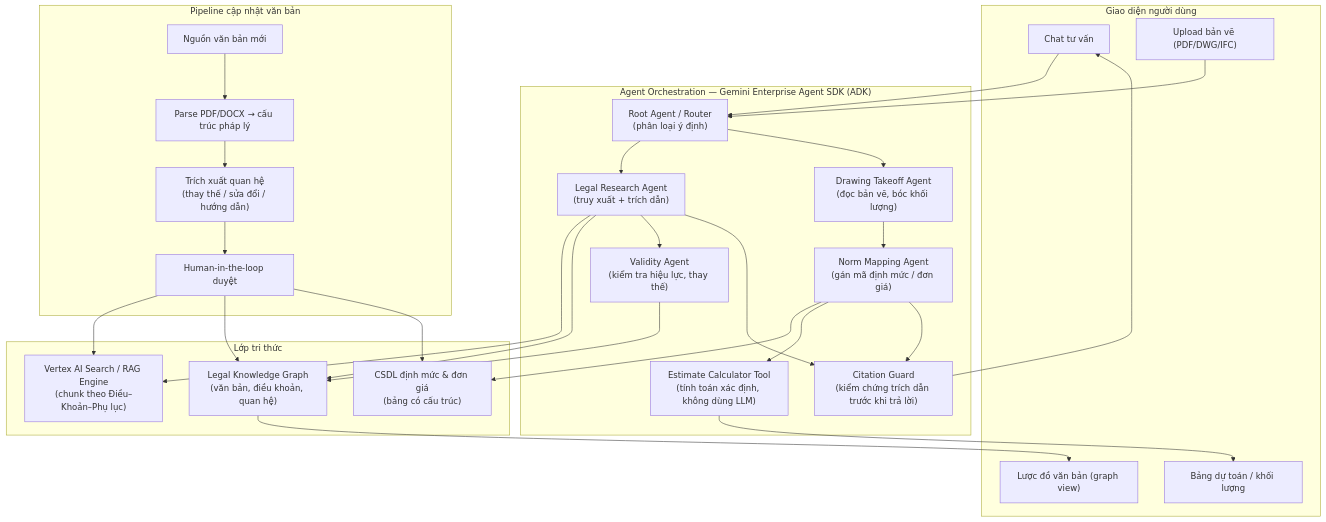
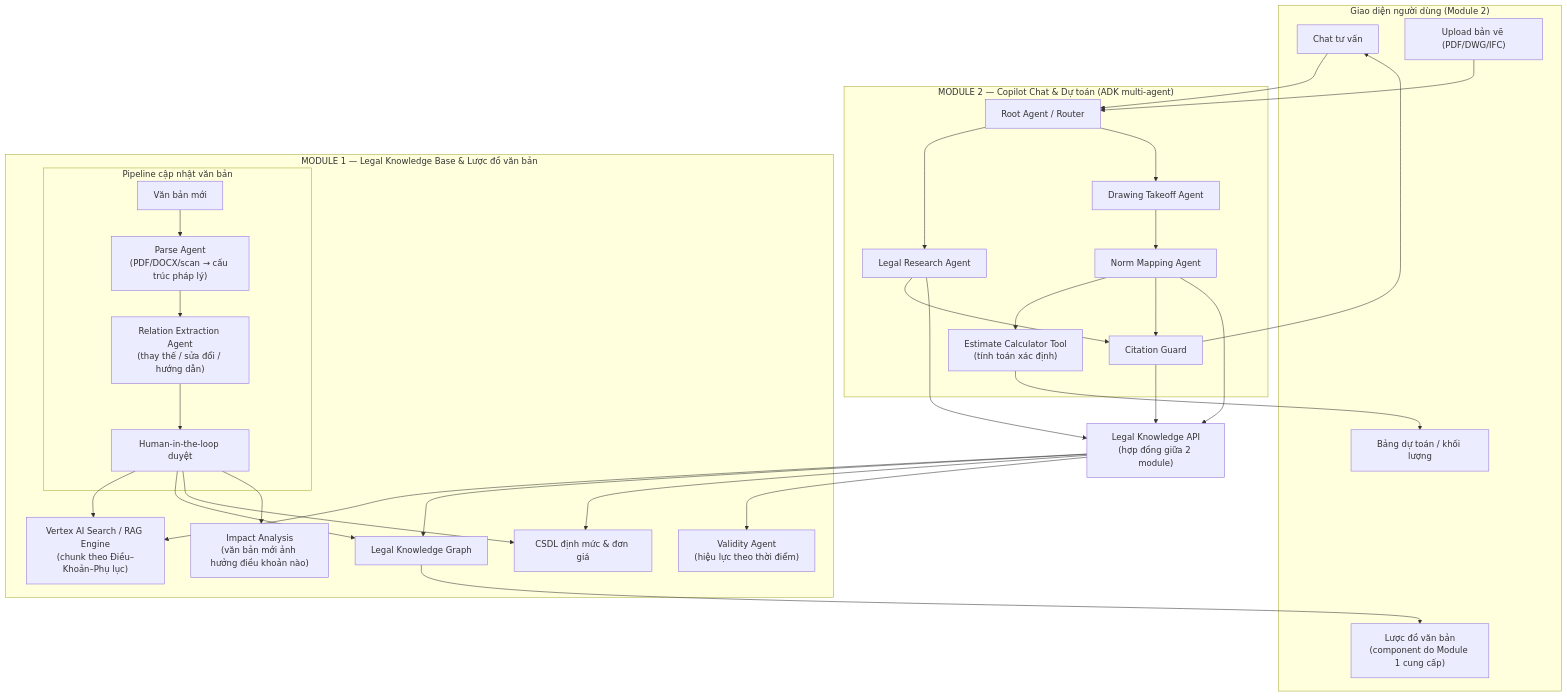
One commit to vinhWater/ai-copilot-du-toan-xay-dung changed the first of 2 diagrams in README.md. Above: the diagram before and after it, drawn with Mermaid. The commit also changed other lines of this file, not shown here.

Commit message:
Tách thành 2 module: Knowledge Base & Lược đồ văn bản / Copilot Chat & Dự toán

````diff
--- a/README.md
+++ b/README.md
@@ -54,44 +61,44 @@
 ```mermaid
 flowchart TB
-    subgraph UI["Giao diện người dùng"]
+    subgraph UI["Giao diện người dùng (Module 2)"]
         CHAT["Chat tư vấn"]
         UPLOAD["Upload bản vẽ (PDF/DWG/IFC)"]
-        GRAPHVIEW["Lược đồ văn bản (graph view)"]
+        GRAPHVIEW["Lược đồ văn bản<br/>(component do Module 1 cung cấp)"]
         BOQ["Bảng dự toán / khối lượng"]
     end
 
-    subgraph ORCH["Agent Orchestration — Gemini Enterprise Agent SDK (ADK)"]
-        ROOT["Root Agent / Router<br/>(phân loại ý định)"]
-        LEGAL["Legal Research Agent<br/>(truy xuất + trích dẫn)"]
-        VALID["Validity Agent<br/>(kiểm tra hiệu lực, thay thế)"]
-        DRAW["Drawing Takeoff Agent<br/>(đọc bản vẽ, bóc khối lượng)"]
-        NORM["Norm Mapping Agent<br/>(gán mã định mức / đơn giá)"]
-        CALC["Estimate Calculator Tool<br/>(tính toán xác định, không dùng LLM)"]
-        CITE["Citation Guard<br/>(kiểm chứng trích dẫn trước khi trả lời)"]
+    subgraph M2["MODULE 2 — Copilot Chat & Dự toán (ADK multi-agent)"]
+        ROOT["Root Agent / Router"]
+        LEGAL["Legal Research Agent"]
+        CITE["Citation Guard"]
+        DRAW["Drawing Takeoff Agent"]
+        NORM["Norm Mapping Agent"]
+        CALC["Estimate Calculator Tool<br/>(tính toán xác định)"]
     end
 
-    subgraph KNOW["Lớp tri thức"]
+    API["Legal Knowledge API<br/>(hợp đồng giữa 2 module)"]
+
+    subgraph M1["MODULE 1 — Legal Knowledge Base & Lược đồ văn bản"]
+        subgraph INGEST["Pipeline cập nhật văn bản"]
+            SRC["Văn bản mới"] --> PARSE["Parse Agent<br/>(PDF/DOCX/scan → cấu trúc pháp lý)"]
+            PARSE --> REL["Relation Extraction Agent<br/>(thay thế / sửa đổi / hướng dẫn)"]
+            REL --> REVIEW["Human-in-the-loop duyệt"]
+        end
+        VALID["Validity Agent<br/>(hiệu lực theo thời điểm)"]
+        IMPACT["Impact Analysis<br/>(văn bản mới ảnh hưởng điều khoản nào)"]
         RAG["Vertex AI Search / RAG Engine<br/>(chunk theo Điều–Khoản–Phụ lục)"]
-        KG["Legal Knowledge Graph<br/>(văn bản, điều khoản, quan hệ)"]
-        NORMDB["CSDL định mức & đơn giá<br/>(bảng có cấu trúc)"]
+        KG["Legal Knowledge Graph"]
+        NORMDB["CSDL định mức & đơn giá"]
     end
 
-    subgraph INGEST["Pipeline cập nhật văn bản"]
-        SRC["Nguồn văn bản mới"] --> PARSE["Parse PDF/DOCX → cấu trúc pháp lý"]
-        PARSE --> REL["Trích xuất quan hệ<br/>(thay thế / sửa đổi / hướng dẫn)"]
-        REL --> REVIEW["Human-in-the-loop duyệt"]
-        REVIEW --> RAG & KG & NORMDB
-    end
-
-    CHAT --> ROOT
-    UPLOAD --> ROOT
+    CHAT & UPLOAD --> ROOT
     ROOT --> LEGAL & DRAW
-    LEGAL --> RAG & KG
-    LEGAL --> VALID --> KG
-    DRAW --> NORM --> NORMDB
-    NORM --> CALC --> BOQ
-    LEGAL --> CITE
+    LEGAL --> CITE --> CHAT
+    DRAW --> NORM --> CALC --> BOQ
     NORM --> CITE
-    CITE --> CHAT
+    LEGAL & NORM & CITE --> API
+    API --> RAG & KG & NORMDB & VALID
+    REVIEW --> RAG & KG & NORMDB
+    REVIEW --> IMPACT
     KG --> GRAPHVIEW
 ```
````
